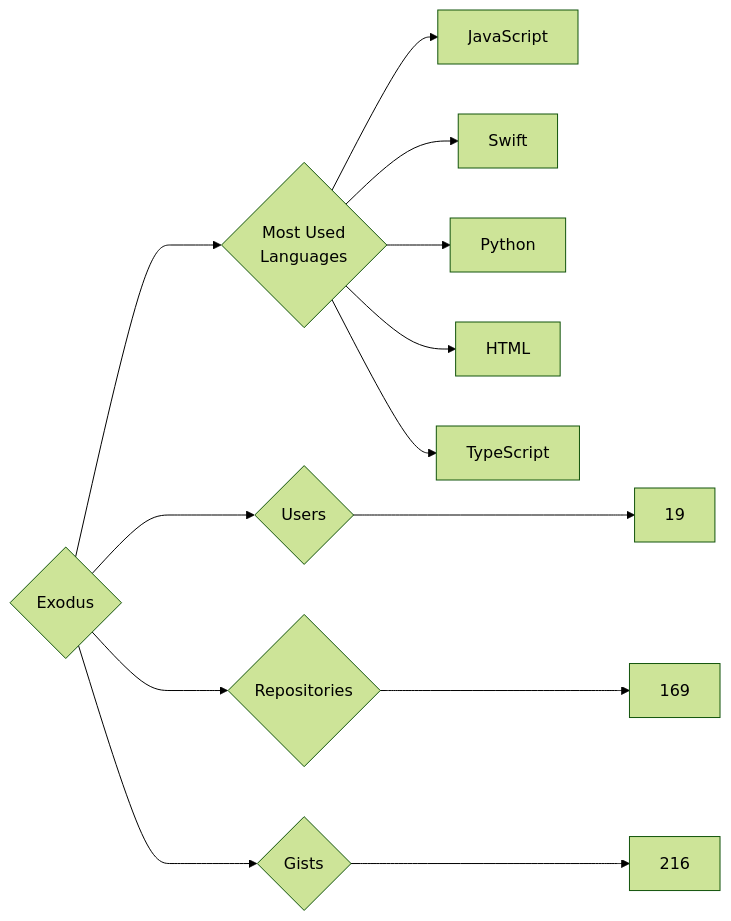
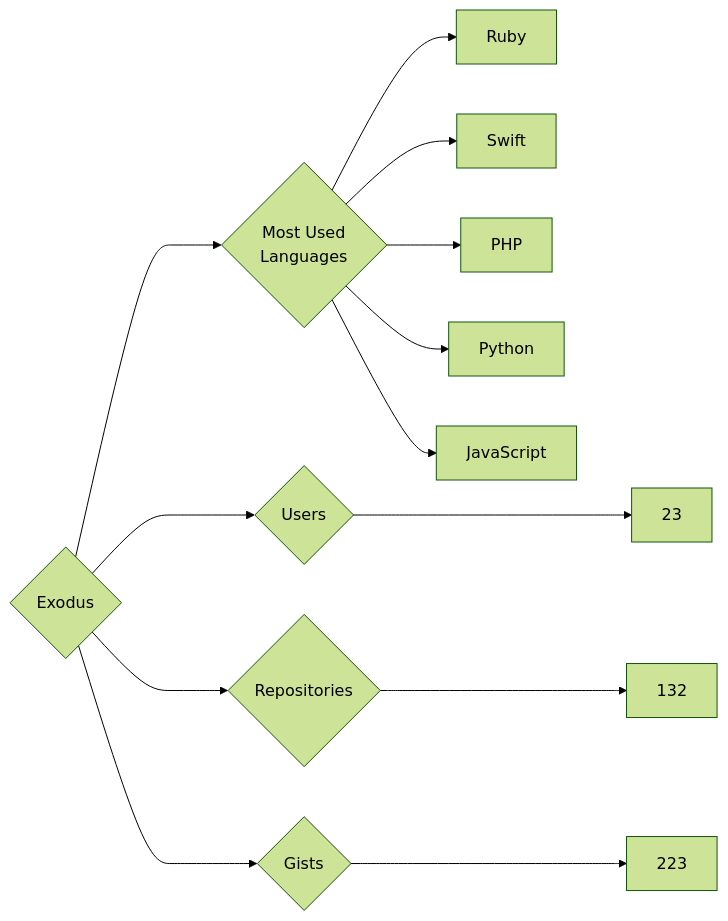
One commit to trickest/insiders changed the diagram in targets/Exodus/README.md. Above: the diagram before and after it, drawn with Mermaid (forest theme). The commit also changed 837 other files, not shown here.

````diff
--- a/targets/Exodus/README.md
+++ b/targets/Exodus/README.md
@@ -3,13 +3,13 @@
 ```mermaid
 graph LR
 COMPANY_NAME{Exodus}
-COMPANY_NAME ---> U{Users} ---> UN[19]
-COMPANY_NAME ---> R{Repositories} ---> RN[169]
-COMPANY_NAME ---> G{Gists} ---> GN[216]
+COMPANY_NAME ---> U{Users} ---> UN[23]
+COMPANY_NAME ---> R{Repositories} ---> RN[132]
+COMPANY_NAME ---> G{Gists} ---> GN[223]
 COMPANY_NAME ---> ML{Most Used<br>Languages}
+ML --> Ruby[Ruby]
+ML --> Swift[Swift]
+ML --> PHP[PHP]
+ML --> Python[Python]
 ML --> JavaScript[JavaScript]
-ML --> Swift[Swift]
-ML --> Python[Python]
-ML --> HTML[HTML]
-ML --> TypeScript[TypeScript]
 ```
````
